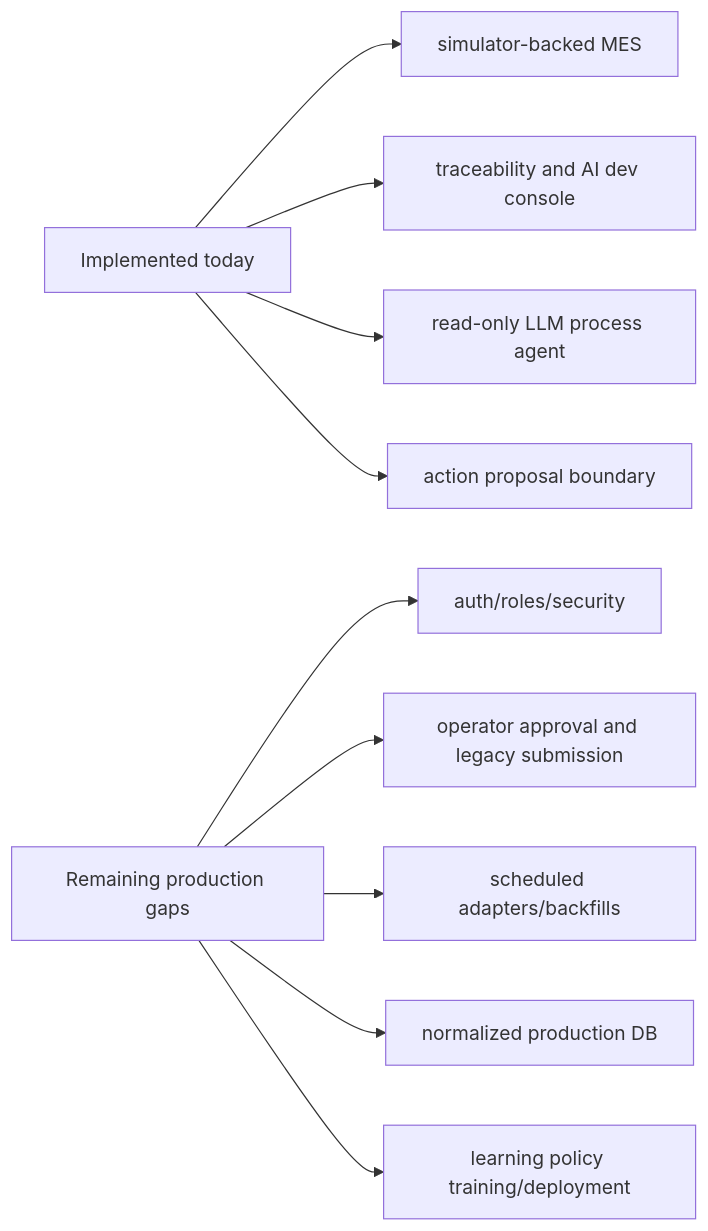
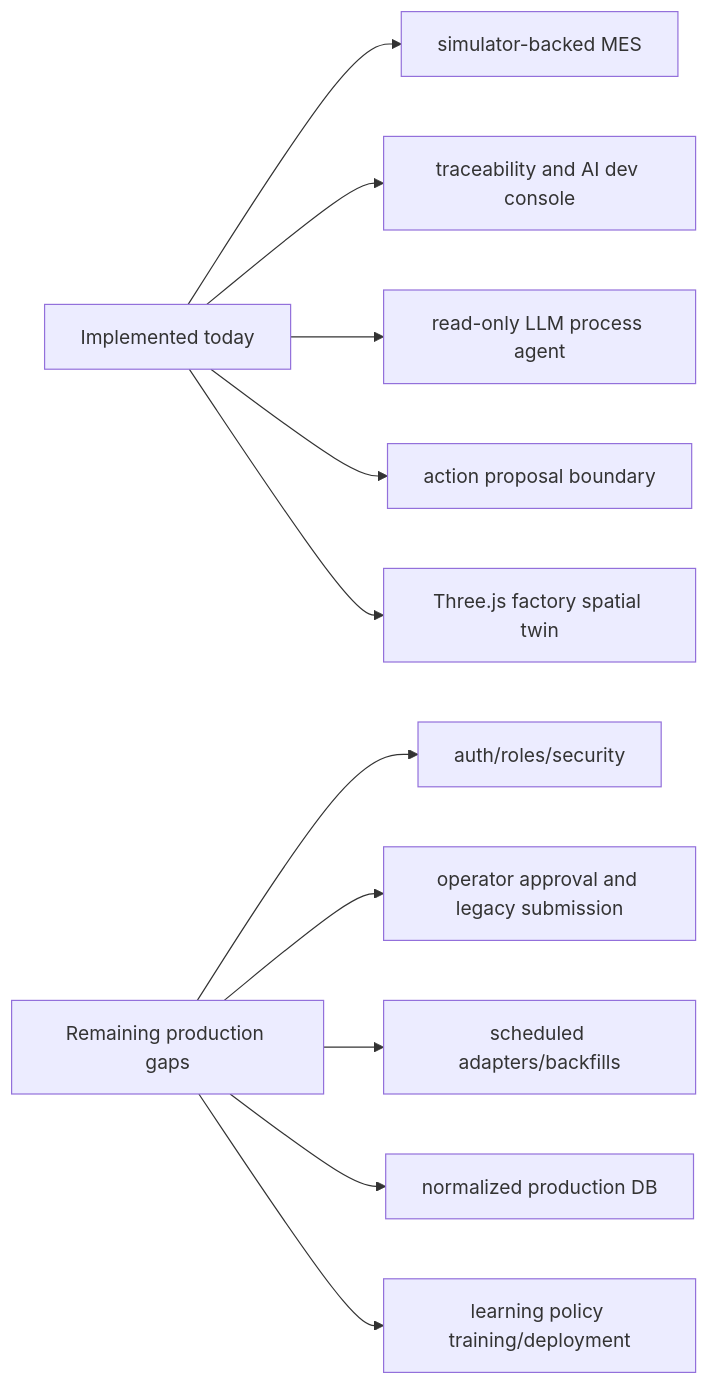
One commit to hongseong0314/batch_scheduling_sim changed the diagram in docs/ai-mes/17_CURRENT_IMPLEMENTATION_STATUS.md. Above: the diagram before and after it, drawn with Mermaid. The commit also changed other lines of this file and 13 other files, not shown here.

Commit message:
docs: update ai mes factory twin guidance

````diff
--- a/docs/ai-mes/17_CURRENT_IMPLEMENTATION_STATUS.md
+++ b/docs/ai-mes/17_CURRENT_IMPLEMENTATION_STATUS.md
@@ -30,13 +30,14 @@
 ```mermaid
 flowchart LR
   Done["Implemented today"] --> Sim["simulator-backed MES"]
   Done --> Trace["traceability and AI dev console"]
   Done --> Agent["read-only LLM process agent"]
   Done --> Boundary["action proposal boundary"]
+  Done --> Spatial["Three.js factory spatial twin"]
 
   Gap["Remaining production gaps"] --> Auth["auth/roles/security"]
   Gap --> Ops["operator approval and legacy submission"]
   Gap --> DataOps["scheduled adapters/backfills"]
   Gap --> DB["normalized production DB"]
   Gap --> Learning["learning policy training/deployment"]
 ```
````
